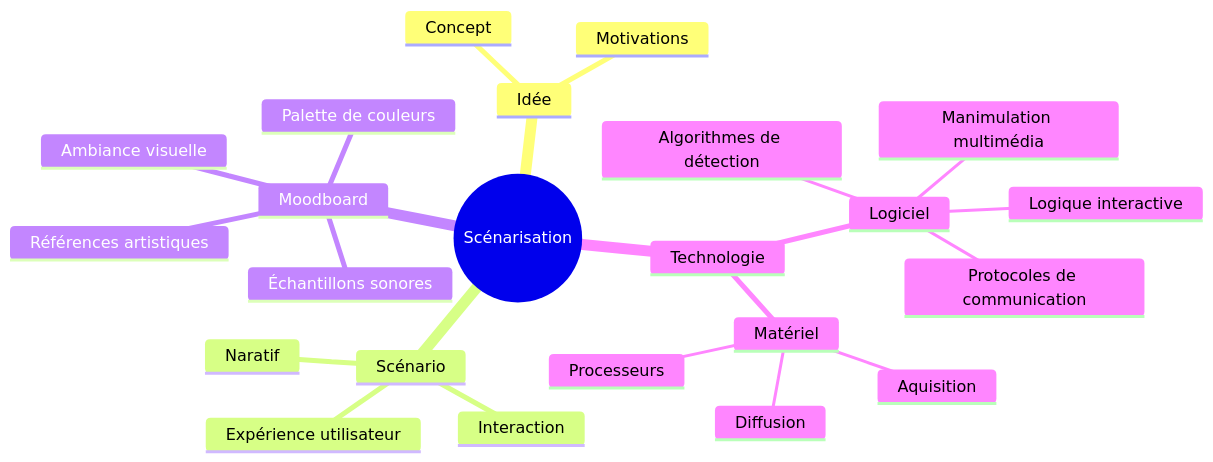
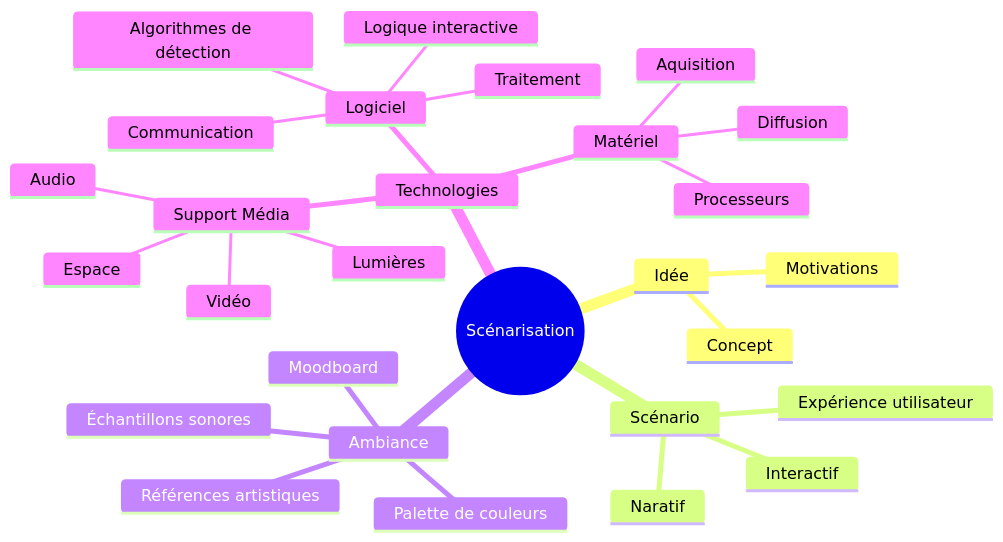
The diagram in activites/2_scenariser/README.md (tim-montmorency/582523-gestion), drawn with Mermaid before and after one commit. The commit also changed other lines of this file, not shown here.

Commit message:
+ technologies

````diff
--- a/activites/2_scenariser/README.md
+++ b/activites/2_scenariser/README.md
@@ -3,26 +3,31 @@
 ```mermaid
 mindmap
   root((Scénarisation))
     Idée
       Concept
       Motivations
     Scénario
+      Interactif
       Naratif
-      Interaction
       Expérience utilisateur
-    Moodboard
-      Ambiance visuelle
+    Ambiance
+      Moodboard
       Palette de couleurs
       Références artistiques
       Échantillons sonores
-    Technologie
+    Technologies
+      Support Média
+        Audio
+        Vidéo
+        Lumières
+        Espace
       Matériel
         Aquisition
         Processeurs
         Diffusion
       Logiciel
         Algorithmes de détection
         Logique interactive
-        Manimulation multimédia
-        Protocoles de communication
+        Traitement 
+        Communication
 ```
````
